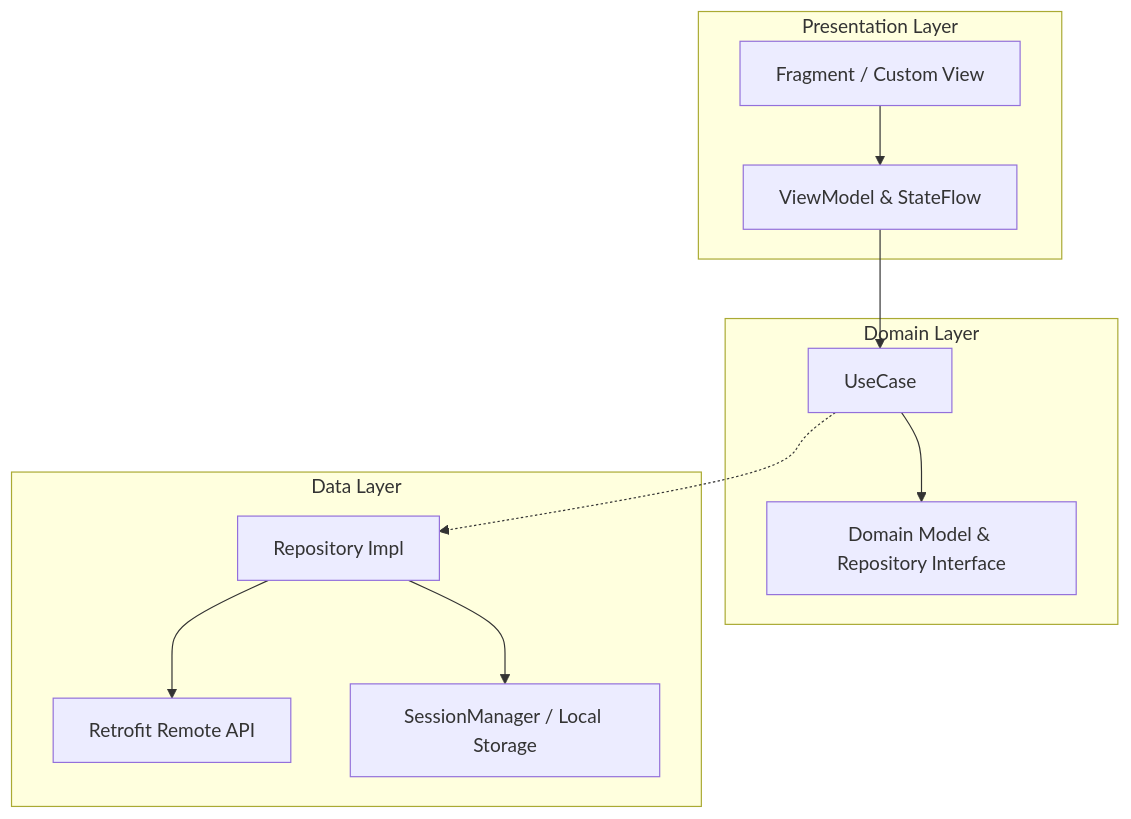
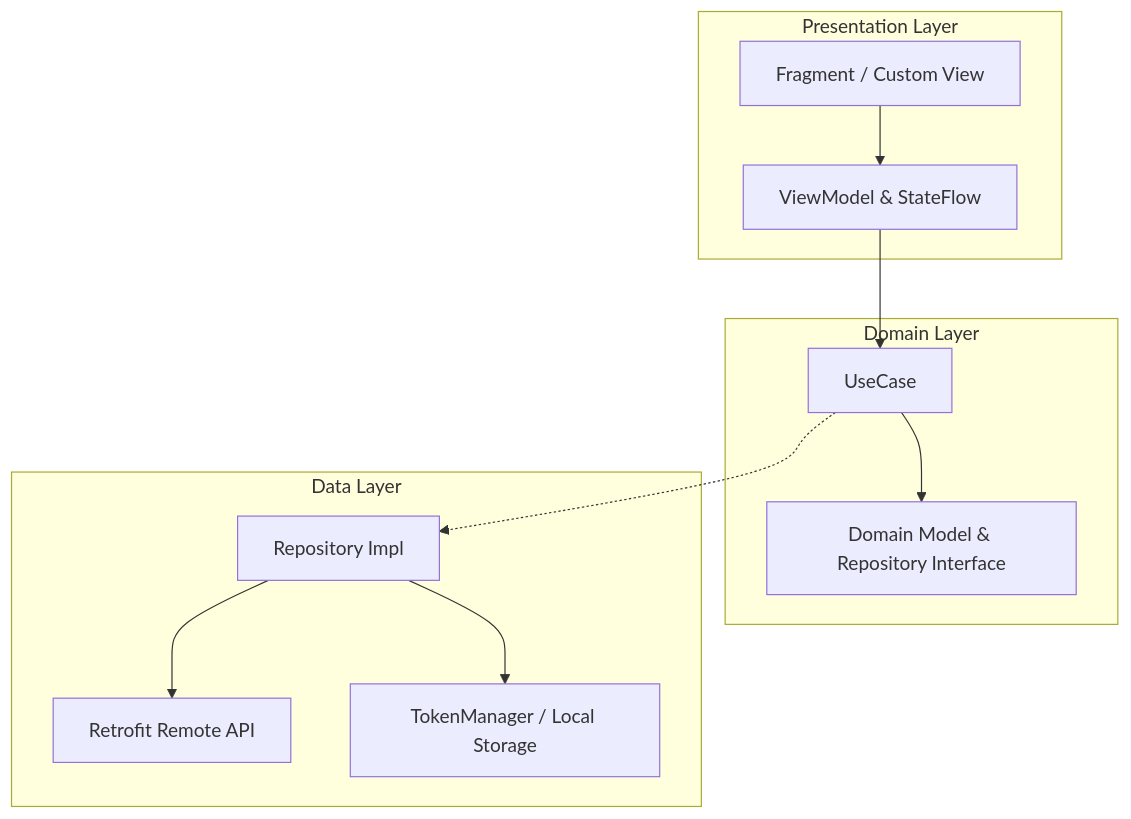
Before and after one commit to cdiff/flowdeskandroid: the diagram in README.md, drawn with Mermaid. The commit also changed other lines of this file and 11 other files, not shown here.

````diff
--- a/README.md
+++ b/README.md
@@ -66,17 +139,17 @@
 ```mermaid
 graph TD
     subgraph Presentation Layer
         UI[Fragment / Custom View] --> VM[ViewModel & StateFlow]
     end
 
     subgraph Domain Layer
         VM --> UC[UseCase]
         UC --> DM[Domain Model & Repository Interface]
     end
 
     subgraph Data Layer
         UC -.-> REPO[Repository Impl]
         REPO --> API[Retrofit Remote API]
-        REPO --> DB[SessionManager / Local Storage]
+        REPO --> DB[TokenManager / Local Storage]
     end
 ```
````
